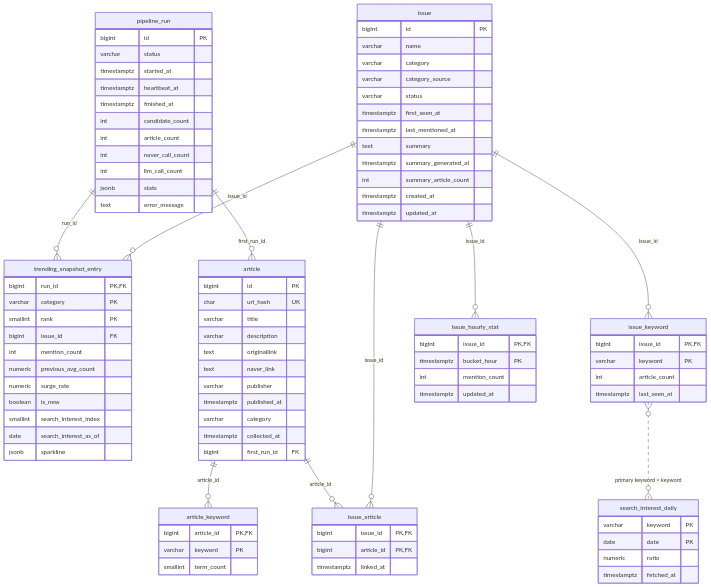
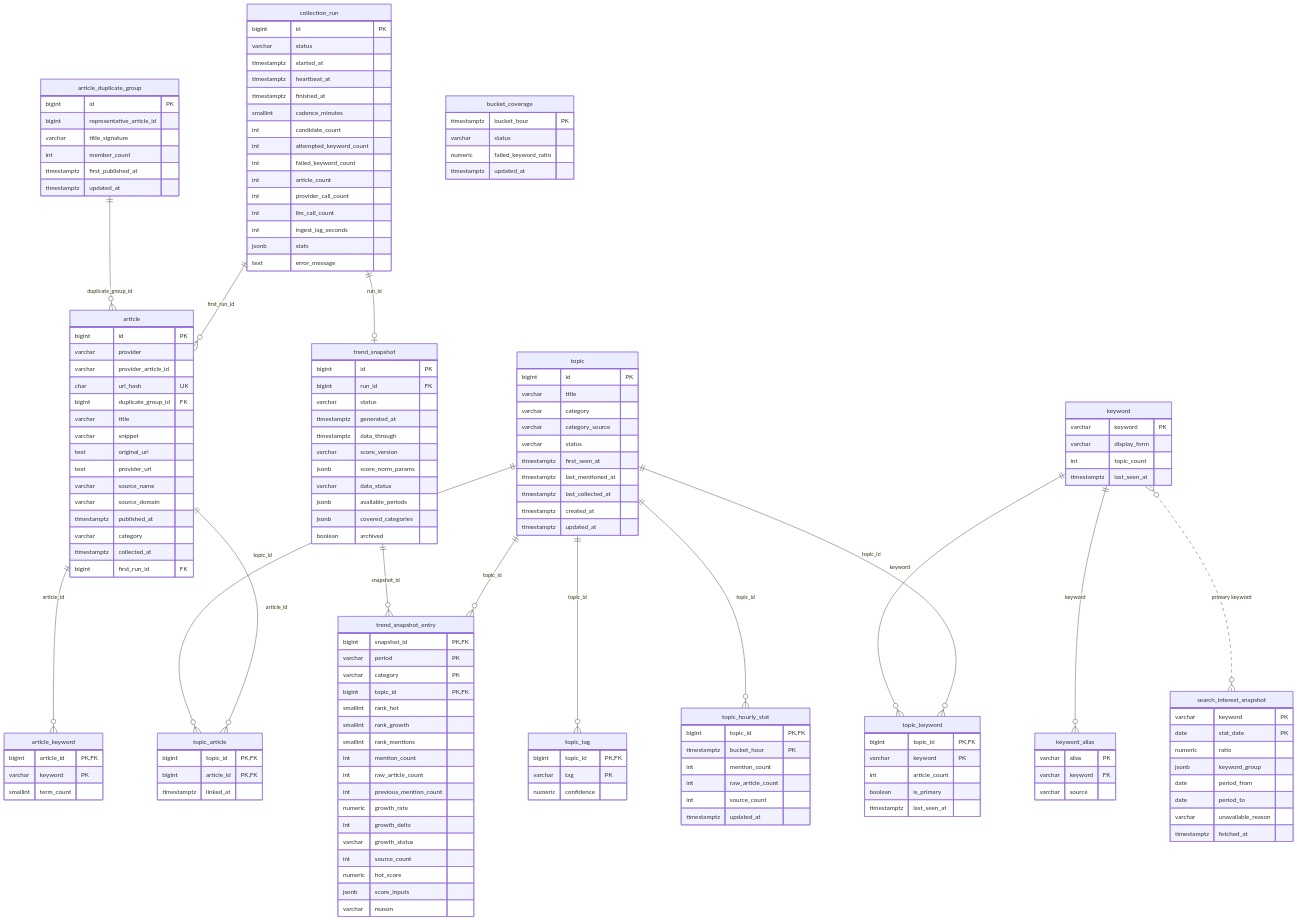
Before and after one commit to zxc8661/korea_pulse_back: the diagram in doc/03-DB-설계.md, drawn with Mermaid. The commit also changed other lines of this file and 7 other files, not shown here.

````diff
--- a/doc/03-DB-설계.md
+++ b/doc/03-DB-설계.md
@@ -30,41 +42,63 @@
 ```mermaid
 erDiagram
-    pipeline_run ||--o{ trending_snapshot_entry : "run_id"
-    pipeline_run ||--o{ article : "first_run_id"
+    collection_run ||--o{ article : "first_run_id"
+    collection_run ||--o| trend_snapshot : "run_id"
+    article_duplicate_group ||--o{ article : "duplicate_group_id"
     article ||--o{ article_keyword : "article_id"
-    article ||--o{ issue_article : "article_id"
-    issue ||--o{ issue_article : "issue_id"
-    issue ||--o{ issue_keyword : "issue_id"
-    issue ||--o{ issue_hourly_stat : "issue_id"
-    issue ||--o{ trending_snapshot_entry : "issue_id"
-    issue_keyword }o..o{ search_interest_daily : "primary keyword = keyword"
+    article ||--o{ topic_article : "article_id"
+    topic ||--o{ topic_article : "topic_id"
+    topic ||--o{ topic_keyword : "topic_id"
+    topic ||--o{ topic_tag : "topic_id"
+    topic ||--o{ topic_hourly_stat : "topic_id"
+    topic ||--o{ trend_snapshot_entry : "topic_id"
+    trend_snapshot ||--o{ trend_snapshot_entry : "snapshot_id"
+    keyword ||--o{ keyword_alias : "keyword"
+    keyword ||--o{ topic_keyword : "keyword"
+    keyword }o..o{ search_interest_snapshot : "primary keyword"
 
-    pipeline_run {
+    collection_run {
         bigint id PK
         varchar status
         timestamptz started_at
         timestamptz heartbeat_at
         timestamptz finished_at
+        smallint cadence_minutes
         int candidate_count
+        int attempted_keyword_count
+        int failed_keyword_count
         int article_count
-        int naver_call_count
+        int provider_call_count
         int llm_call_count
+        int ingest_lag_seconds
         jsonb stats
         text error_message
     }
 
     article {
         bigint id PK
+        varchar provider
+        varchar provider_article_id
         char url_hash UK
+        bigint duplicate_group_id FK
         varchar title
-        varchar description
-        text originallink
-        text naver_link
-        varchar publisher
+        varchar snippet
+        text original_url
+        text provider_url
+        varchar source_name
+        varchar source_domain
         timestamptz published_at
         varchar category
         timestamptz collected_at
         bigint first_run_id FK
+    }
+
+    article_duplicate_group {
+        bigint id PK
+        bigint representative_article_id
+        varchar title_signature
+        int member_count
+        timestamptz first_published_at
+        timestamptz updated_at
     }
 
     article_keyword {
@@ -73,59 +107,110 @@
         smallint term_count
     }
 
-    issue {
+    keyword {
+        varchar keyword PK
+        varchar display_form
+        int topic_count
+        timestamptz last_seen_at
+    }
+
+    keyword_alias {
+        varchar alias PK
+        varchar keyword FK
+        varchar source
+    }
+
+    topic {
         bigint id PK
-        varchar name
+        varchar title
         varchar category
         varchar category_source
         varchar status
         timestamptz first_seen_at
         timestamptz last_mentioned_at
-        text summary
-        timestamptz summary_generated_at
-        int summary_article_count
+        timestamptz last_collected_at
         timestamptz created_at
         timestamptz updated_at
     }
 
-    issue_keyword {
-        bigint issue_id PK, FK
+    topic_tag {
+        bigint topic_id PK, FK
+        varchar tag PK
+        numeric confidence
+    }
+
+    topic_keyword {
+        bigint topic_id PK, FK
         varchar keyword PK
         int article_count
+        boolean is_primary
         timestamptz last_seen_at
     }
 
-    issue_article {
-        bigint issue_id PK, FK
+    topic_article {
+        bigint topic_id PK, FK
         bigint article_id PK, FK
         timestamptz linked_at
     }
 
-    issue_hourly_stat {
-        bigint issue_id PK, FK
+    topic_hourly_stat {
+        bigint topic_id PK, FK
         timestamptz bucket_hour PK
         int mention_count
+        int raw_article_count
+        int source_count
         timestamptz updated_at
     }
 
-    trending_snapshot_entry {
-        bigint run_id PK, FK
-        varchar category PK
-        smallint rank PK
-        bigint issue_id FK
-        int mention_count
-        numeric previous_avg_count
-        numeric surge_rate
-        boolean is_new
-        smallint search_interest_index
-        date search_interest_as_of
-        jsonb sparkline
+    bucket_coverage {
+        timestamptz bucket_hour PK
+        varchar status
+        numeric failed_keyword_ratio
+        timestamptz updated_at
     }
 
-    search_interest_daily {
+    trend_snapshot {
+        bigint id PK
+        bigint run_id FK
+        varchar status
+        timestamptz generated_at
+        timestamptz data_through
+        varchar score_version
+        jsonb score_norm_params
+        varchar data_status
+        jsonb available_periods
+        jsonb covered_categories
+        boolean archived
+    }
+
+    trend_snapshot_entry {
+        bigint snapshot_id PK, FK
+        varchar period PK
+        varchar category PK
+        bigint topic_id PK, FK
+        smallint rank_hot
+        smallint rank_growth
+        smallint rank_mentions
+        int mention_count
+        int raw_article_count
+        int previous_mention_count
+        numeric growth_rate
+        int growth_delta
+        varchar growth_status
+        int source_count
+        numeric hot_score
+        jsonb score_inputs
+        varchar reason
+    }
+
+    search_interest_snapshot {
         varchar keyword PK
-        date date PK
+        date stat_date PK
         numeric ratio
+        jsonb keyword_group
+        date period_from
+        date period_to
+        varchar unavailable_reason
         timestamptz fetched_at
     }
 ```
````
